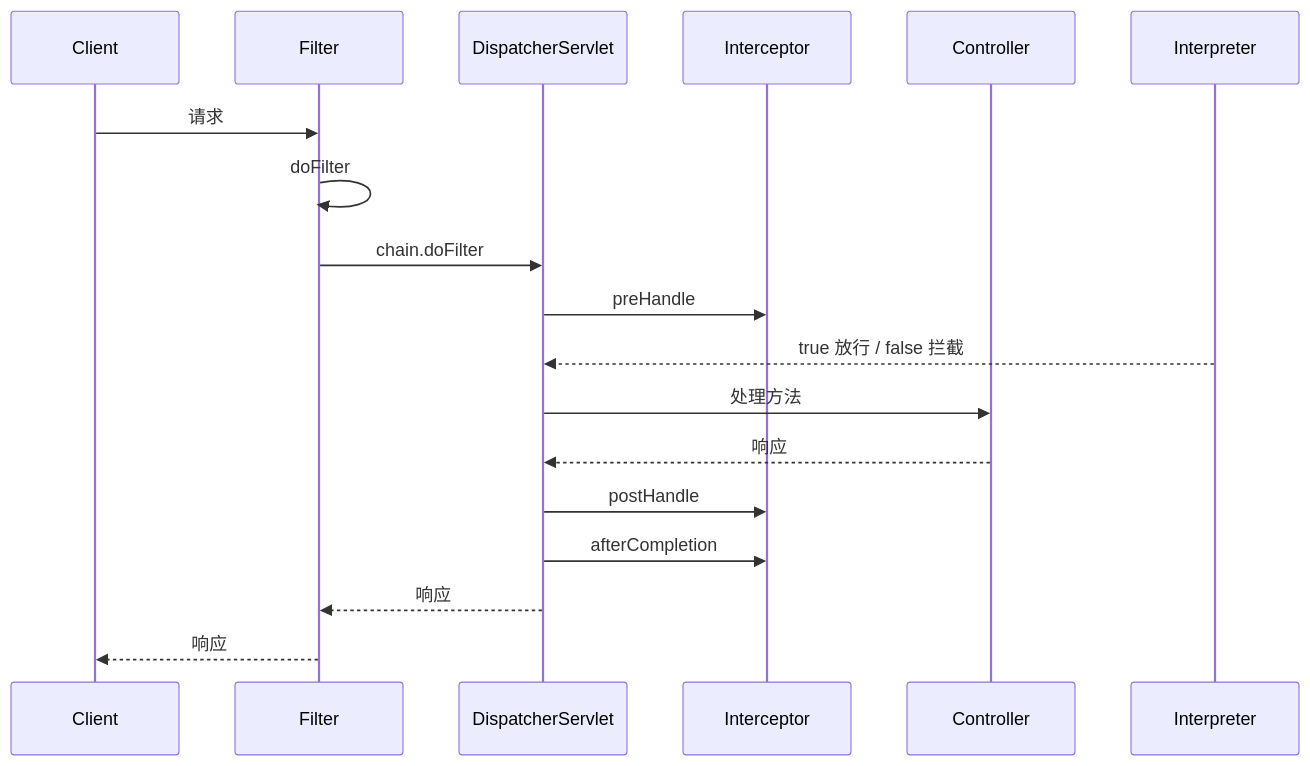
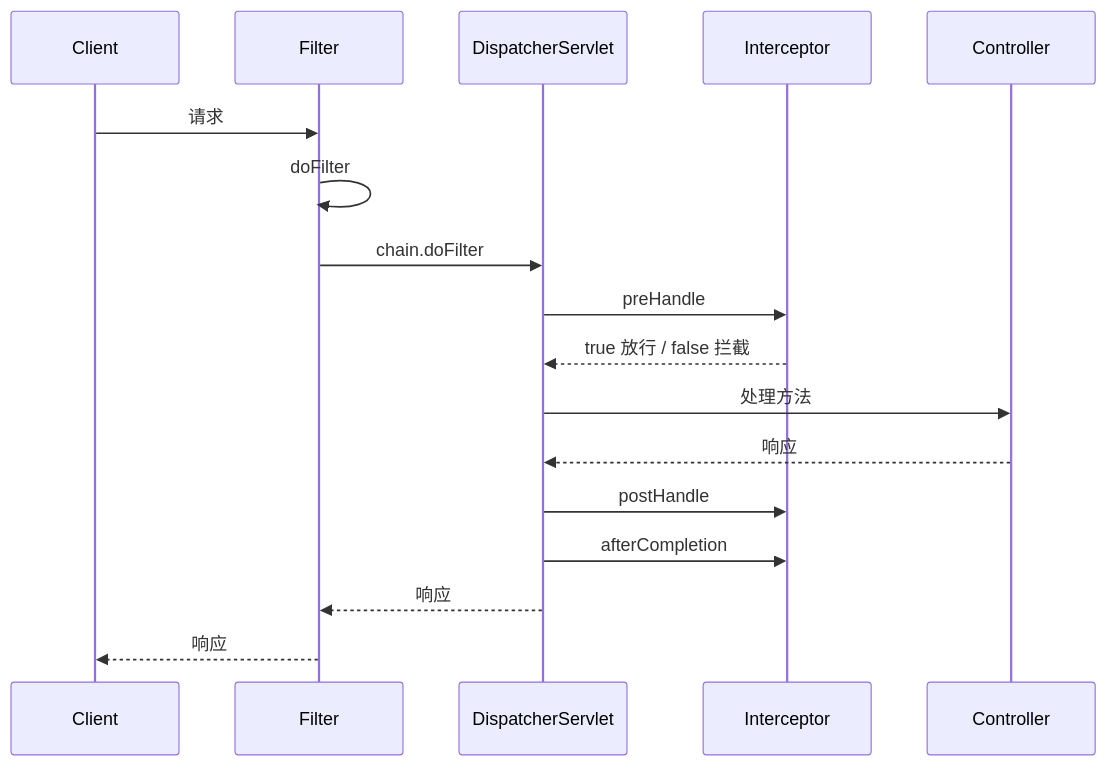
Before and after one commit to kane201x/javadoc: diagram 14 of 14 in 05-spring/README.md, drawn with Mermaid. The commit also changed 5 other files, not shown here.

First line of the commit message:
fix: resolve mermaid diagram syntax issues across all modules

````diff
--- a/05-spring/README.md
+++ b/05-spring/README.md
@@ -1635,20 +1635,20 @@
 ```mermaid
 sequenceDiagram
     participant Client
     participant Filter
     participant DispatcherServlet
     participant Interceptor
     participant Controller
 
     Client->>Filter: 请求
     Filter->>Filter: doFilter
     Filter->>DispatcherServlet: chain.doFilter
     DispatcherServlet->>Interceptor: preHandle
-    Interpreter-->>DispatcherServlet: true 放行 / false 拦截
+    Interceptor-->>DispatcherServlet: true 放行 / false 拦截
     DispatcherServlet->>Controller: 处理方法
     Controller-->>DispatcherServlet: 响应
     DispatcherServlet->>Interceptor: postHandle
     DispatcherServlet->>Interceptor: afterCompletion
     DispatcherServlet-->>Filter: 响应
     Filter-->>Client: 响应
 ```
````
